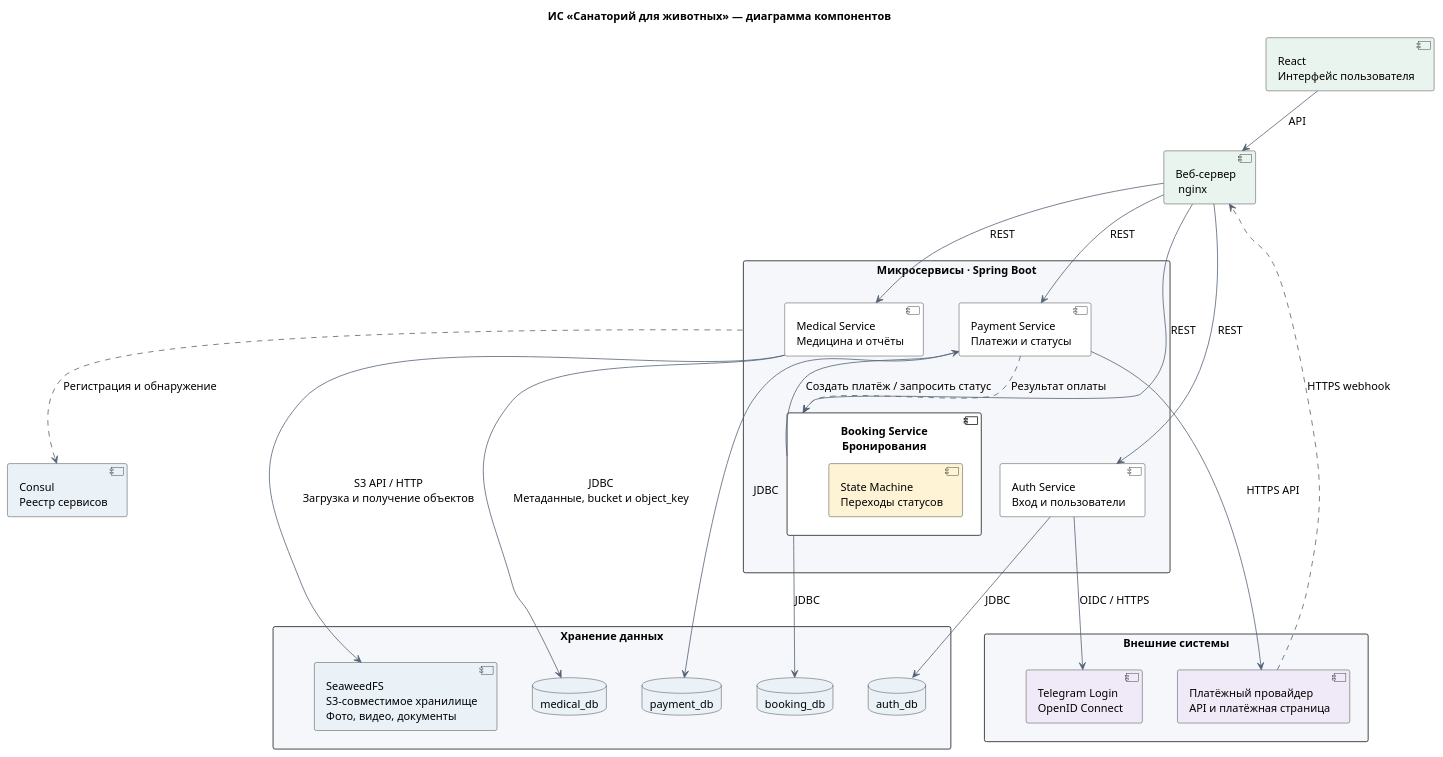
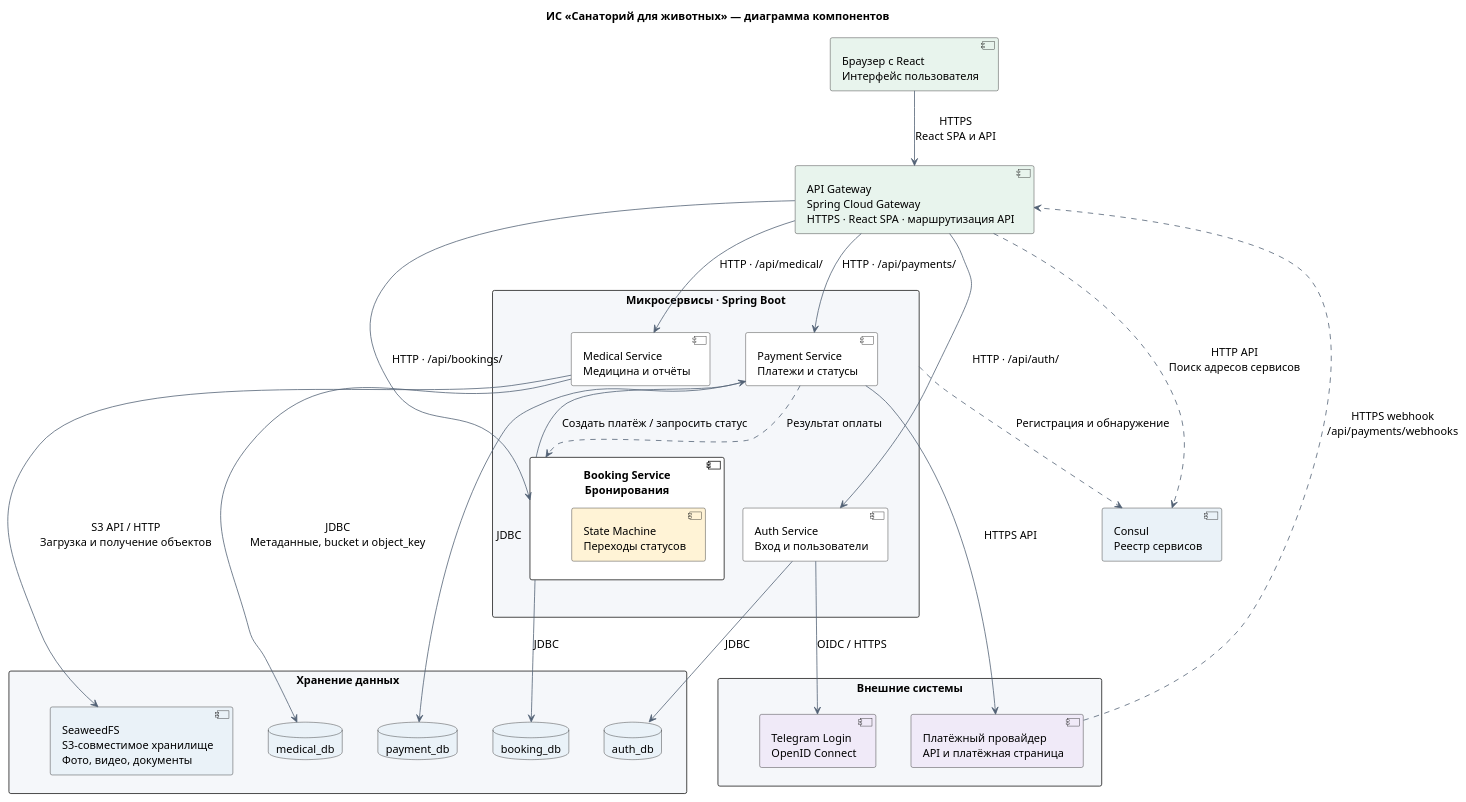
The diagram in docs/components.plantuml (wwwyssa/IS-course-project), drawn with PlantUML before and after one commit. The commit also changed 9 other files, not shown here.

```diff
--- a/docs/components.plantuml
+++ b/docs/components.plantuml
@@ -1,77 +1,78 @@
 @startuml
 title ИС «Санаторий для животных» — диаграмма компонентов
 top to bottom direction
 skinparam shadowing false
 skinparam defaultFontName Arial
 skinparam defaultFontSize 14
 skinparam componentStyle uml2
 skinparam packageStyle rectangle
 skinparam nodesep 45
 skinparam ranksep 55
 skinparam ArrowColor #526175
 skinparam packageBackgroundColor #F5F7FA
 skinparam componentBackgroundColor #FFFFFF
 skinparam databaseBackgroundColor #EAF2F8
 skinparam NoteBackgroundColor #FFFBEA
 hide stereotype
 
-component "React\nИнтерфейс пользователя" as frontend #E8F4ED
-component "Веб-сервер\n nginx" as webServer #E8F4ED
+component "Браузер с React\nИнтерфейс пользователя" as frontend #E8F4ED
+component "API Gateway\nSpring Cloud Gateway\nHTTPS · React SPA · маршрутизация API" as gateway #E8F4ED
+
 
 package "Микросервисы · Spring Boot" as backend {
   together {
     component "Auth Service\nВход и пользователи" as authService
     component "Booking Service\nБронирования" as bookingService {
       component "State Machine\nПереходы статусов" as bookingStateMachine #FFF3D6
     }
     component "Payment Service\nПлатежи и статусы" as paymentService
     component "Medical Service\nМедицина и отчёты" as medicalService
   }
 }
 
 package "Хранение данных" as data {
   together {
     database "auth_db" as dbAuth
     database "booking_db" as dbBooking
     database "payment_db" as dbPayment
     database "medical_db" as dbMedical
   }
   component "SeaweedFS\nS3-совместимое хранилище\nФото, видео, документы" as storage #EAF2F8
 }
 
 package "Внешние системы" as external {
   component "Telegram Login\nOpenID Connect" as telegram #F0EAF8
   component "Платёжный провайдер\nAPI и платёжная страница" as externalPayment #F0EAF8
 }
 component "Consul\nРеестр сервисов" as consul #EAF2F8
 
-frontend -down-> webServer : API
-webServer -down-> authService : REST
-webServer -down-> bookingService : REST
-webServer -down-> paymentService : REST
-webServer -down-> medicalService : REST
+frontend -down-> gateway : HTTPS\nReact SPA и API
+gateway -down-> authService : HTTP · /api/auth/
+gateway -down-> bookingService : HTTP · /api/bookings/
+gateway -down-> paymentService : HTTP · /api/payments/
+gateway -down-> medicalService : HTTP · /api/medical/
 
 bookingService -right-> paymentService : Создать платёж / запросить статус
 paymentService ..> bookingService : Результат оплаты
 
 authService -down-> dbAuth : JDBC
 bookingService -down-> dbBooking : JDBC
 paymentService -down-> dbPayment : JDBC
 medicalService -down-> dbMedical : JDBC\nМетаданные, bucket и object_key
 medicalService --> storage : S3 API / HTTP\nЗагрузка и получение объектов
 
 authService --> telegram : OIDC / HTTPS
 paymentService --> externalPayment : HTTPS API
-externalPayment ..> webServer : HTTPS webhook
+externalPayment ..> gateway : HTTPS webhook\n/api/payments/webhooks
+gateway ..> consul : HTTP API\nПоиск адресов сервисов
 backend ..> consul : Регистрация и обнаружение
 
 ' Невидимые связи фиксируют порядок колонок и уровней.
-frontend -[hidden]right-> telegram
 authService -[hidden]right-> bookingService
 paymentService -[hidden]right-> medicalService
 dbAuth -[hidden]right-> dbBooking
 dbBooking -[hidden]right-> dbPayment
 dbPayment -[hidden]right-> dbMedical
 data -[hidden]down-> external
 
 @enduml
```
